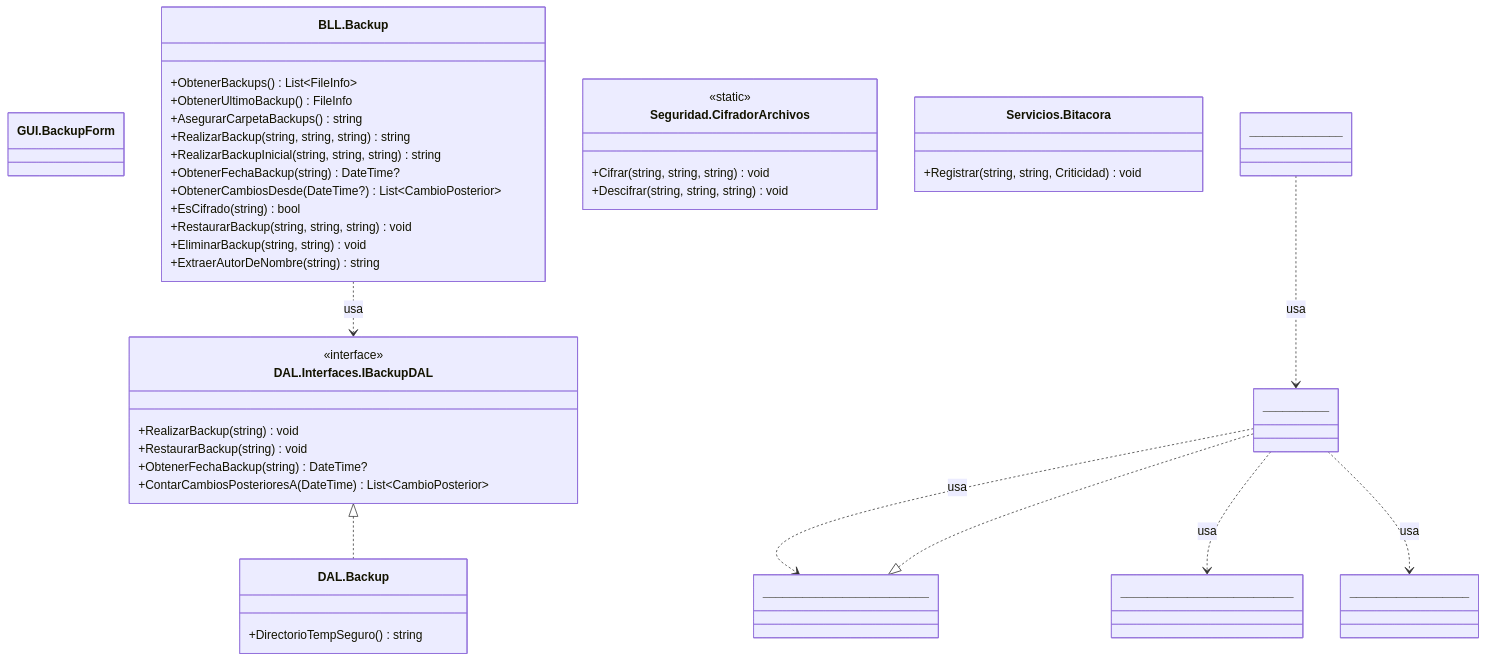
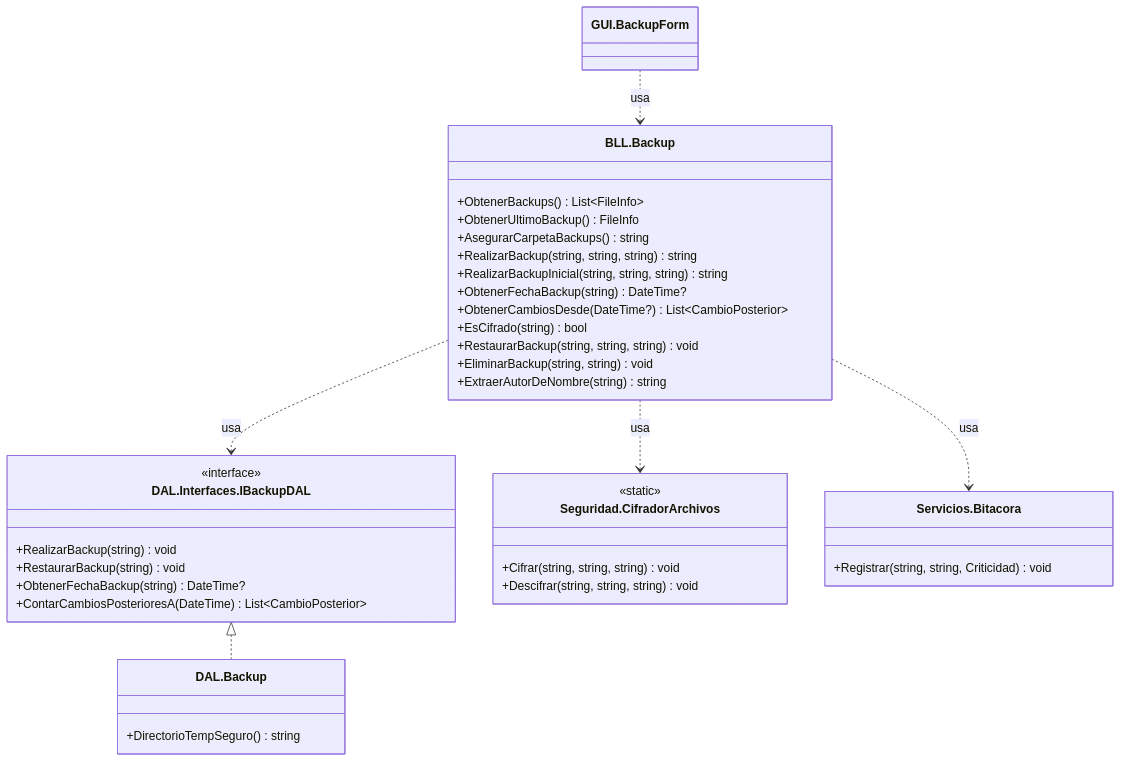
The diagram in docs/diagramas/mermaid/CLASES_T08_backup.mmd (valentinamorana/Trabajo-de-Diploma), drawn with Mermaid before and after one commit. The commit also changed 25 other files, not shown here.

```diff
--- a/docs/diagramas/mermaid/CLASES_T08_backup.mmd
+++ b/docs/diagramas/mermaid/CLASES_T08_backup.mmd
@@ -1,42 +1,40 @@
 classDiagram
   direction TB
   class GUI_BackupForm["GUI.BackupForm"] {
   }
   class BLL_Backup["BLL.Backup"] {
     +ObtenerBackups() List~FileInfo~
     +ObtenerUltimoBackup() FileInfo
     +AsegurarCarpetaBackups() string
     +RealizarBackup(string,  string,  string) string
     +RealizarBackupInicial(string,  string,  string) string
     +ObtenerFechaBackup(string) DateTime?
     +ObtenerCambiosDesde(DateTime?) List~CambioPosterior~
     +EsCifrado(string) bool
     +RestaurarBackup(string,  string,  string) void
     +EliminarBackup(string,  string) void
     +ExtraerAutorDeNombre(string) string
   }
   class DAL_Interfaces_IBackupDAL["DAL.Interfaces.IBackupDAL"] {
     <<interface>>
     +RealizarBackup(string) void
     +RestaurarBackup(string) void
     +ObtenerFechaBackup(string) DateTime?
     +ContarCambiosPosterioresA(DateTime) List~CambioPosterior~
   }
   class DAL_Backup["DAL.Backup"] {
     +DirectorioTempSeguro() string
   }
   class Seguridad_CifradorArchivos["Seguridad.CifradorArchivos"] {
     <<static>>
     +Cifrar(string,  string,  string) void
     +Descifrar(string,  string,  string) void
   }
   class Servicios_Bitacora["Servicios.Bitacora"] {
     +Registrar(string,  string,  Criticidad) void
   }
   BLL_Backup ..> DAL_Interfaces_IBackupDAL : usa
   DAL_Interfaces_IBackupDAL <|.. DAL_Backup
-  ______________ ..> __________ : usa
-  __________ ..> _________________________ : usa
-  __________ ..> __________________________ : usa
-  __________ ..> __________________ : usa
-  _________________________ <|.. __________
+  GUI_BackupForm ..> BLL_Backup : usa
+  BLL_Backup ..> Seguridad_CifradorArchivos : usa
+  BLL_Backup ..> Servicios_Bitacora : usa
```
